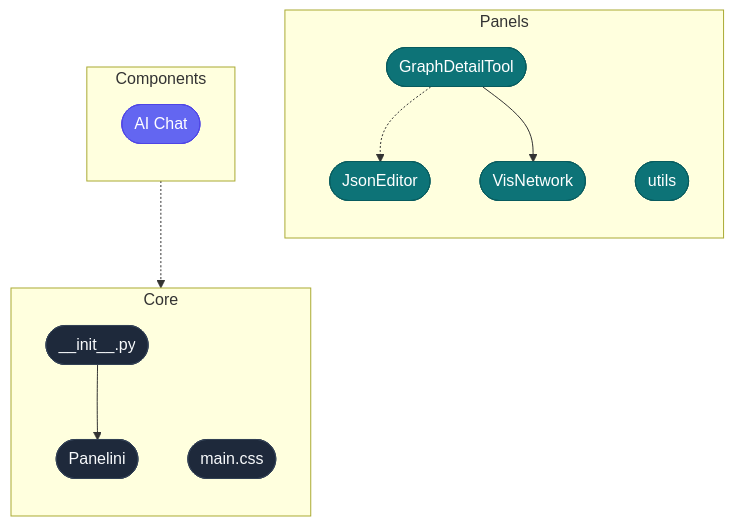
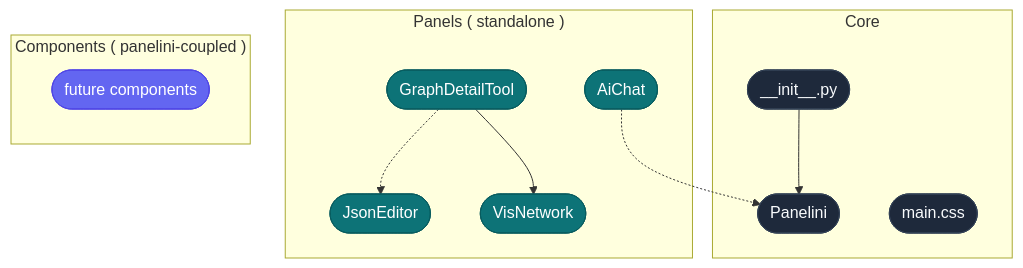
Before and after one commit to opensemanticworld/panelini: the first of 6 diagrams in docs/architecture.md, drawn with Mermaid. The commit also changed other lines of this file and 45 other files, not shown here.

````diff
--- a/docs/architecture.md
+++ b/docs/architecture.md
@@ -7,35 +7,32 @@
 ```{mermaid}
 graph TB
     subgraph core [" Core "]
-        direction TB
         init(["__init__.py"])
         main(["Panelini"])
         css(["main.css"])
     end
 
-    subgraph panels [" Panels "]
-        direction TB
+    subgraph panels [" Panels ( standalone ) "]
         je(["JsonEditor"])
         vn(["VisNetwork"])
         gdt(["GraphDetailTool"])
-        utils(["utils"])
+        ai(["AiChat"])
     end
 
-    subgraph components [" Components "]
-        direction TB
-        ai(["AI Chat"])
+    subgraph components [" Components ( panelini-coupled ) "]
+        future(["future components"])
     end
 
     init --> main
     gdt --> vn
     gdt -.-> je
     ai -.-> main
 
     classDef coreNode fill:#1e293b,stroke:#334155,color:#f8fafc
     classDef panelNode fill:#0d7377,stroke:#095c5f,color:#ffffff
     classDef componentNode fill:#6366f1,stroke:#4f46e5,color:#ffffff
 
     class init,main,css coreNode
-    class je,vn,gdt,utils panelNode
-    class ai componentNode
+    class je,vn,gdt,ai panelNode
+    class future componentNode
 ```
````
